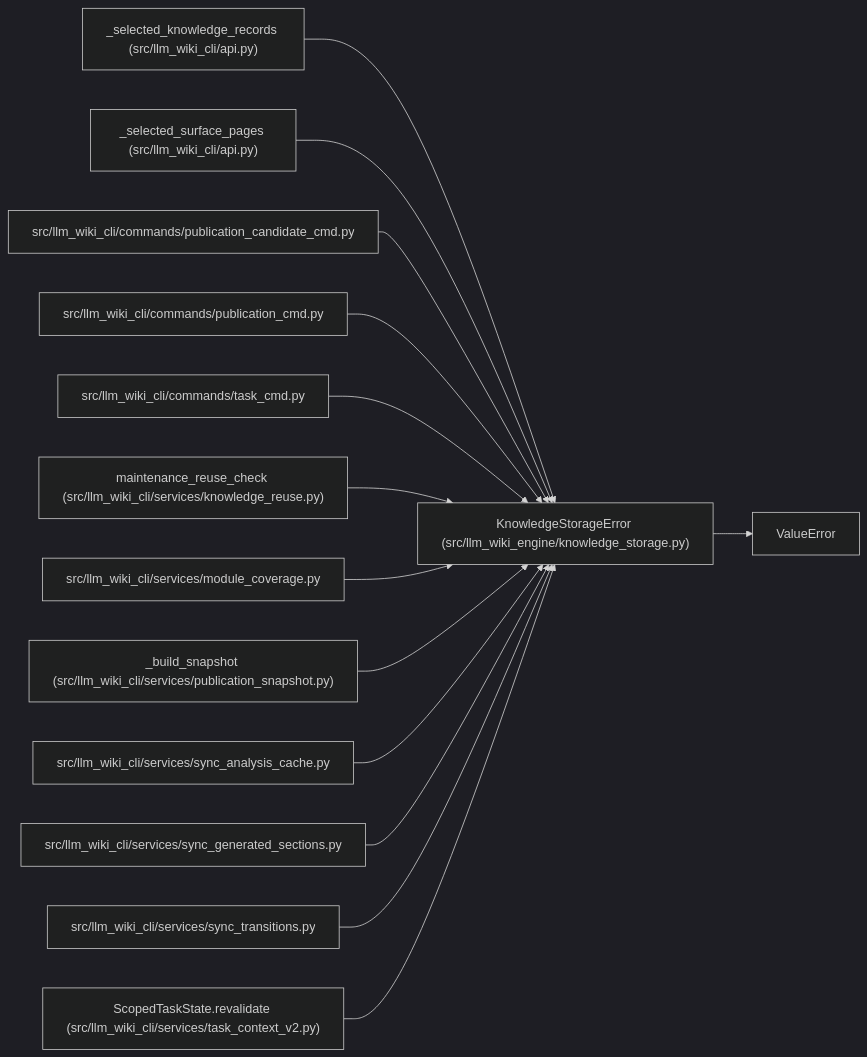
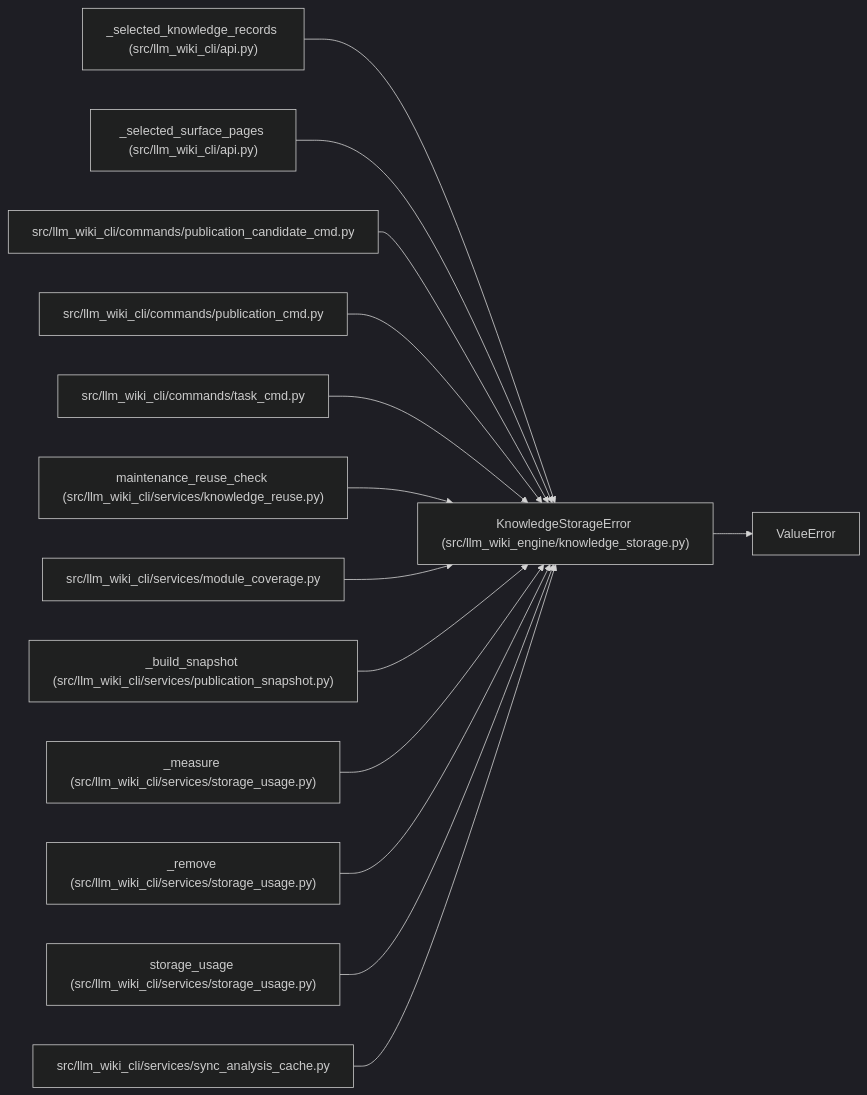
The diagram in docs/llm_wiki/entities/KnowledgeStorageError.md (Denissvgn/python-wiki-llm), drawn with Mermaid (dark theme) before and after one commit. The commit also changed other lines of this file and 725 other files, not shown here.

````diff
--- a/docs/llm_wiki/entities/KnowledgeStorageError.md
+++ b/docs/llm_wiki/entities/KnowledgeStorageError.md
@@ -25,43 +25,43 @@
 ```mermaid
 flowchart LR
     n0["KnowledgeStorageError (src/llm_wiki_engine/knowledge_storage.py)"]
     n1["ValueError"]
     n2["_selected_knowledge_records (src/llm_wiki_cli/api.py)"]
     n3["_selected_surface_pages (src/llm_wiki_cli/api.py)"]
     n4["src/llm_wiki_cli/commands/publication_candidate_cmd.py"]
     n5["src/llm_wiki_cli/commands/publication_cmd.py"]
     n6["src/llm_wiki_cli/commands/task_cmd.py"]
     n7["maintenance_reuse_check (src/llm_wiki_cli/services/knowledge_reuse.py)"]
     n8["src/llm_wiki_cli/services/module_coverage.py"]
     n9["_build_snapshot (src/llm_wiki_cli/services/publication_snapshot.py)"]
-    n10["src/llm_wiki_cli/services/sync_analysis_cache.py"]
-    n11["src/llm_wiki_cli/services/sync_generated_sections.py"]
-    n12["src/llm_wiki_cli/services/sync_transitions.py"]
-    n13["ScopedTaskState.revalidate (src/llm_wiki_cli/services/task_context_v2.py)"]
+    n10["_measure (src/llm_wiki_cli/services/storage_usage.py)"]
+    n11["_remove (src/llm_wiki_cli/services/storage_usage.py)"]
+    n12["storage_usage (src/llm_wiki_cli/services/storage_usage.py)"]
+    n13["src/llm_wiki_cli/services/sync_analysis_cache.py"]
     n0 --> n1
     n2 --> n0
     n3 --> n0
     n4 --> n0
     n5 --> n0
     n6 --> n0
     n7 --> n0
     n8 --> n0
     n9 --> n0
     n10 --> n0
     n11 --> n0
     n12 --> n0
     n13 --> n0
     click n0 "../modules/knowledge_storage.md"
     click n2 "../modules/api.md"
     click n3 "../modules/api.md"
     click n4 "../modules/publication_candidate_cmd.md"
     click n5 "../modules/publication_cmd.md"
     click n6 "../modules/task_cmd.md"
     click n7 "../modules/knowledge_reuse.md"
     click n8 "../modules/module_coverage.md"
     click n9 "../modules/publication_snapshot.md"
-    click n10 "../modules/sync_analysis_cache.md"
-    click n11 "../modules/sync_generated_sections.md"
-    click n12 "../modules/sync_transitions.md"
-    click n13 "../modules/task_context_v2.md"
+    click n10 "../modules/storage_usage.md"
+    click n11 "../modules/storage_usage.md"
+    click n12 "../modules/storage_usage.md"
+    click n13 "../modules/sync_analysis_cache.md"
 ```
````
